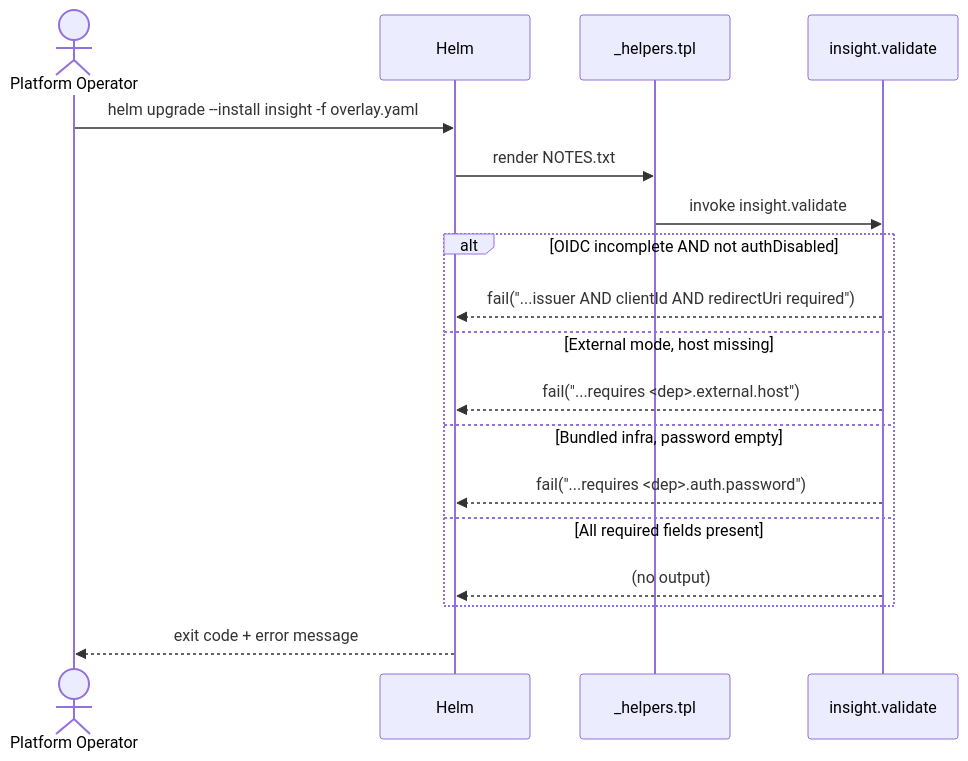
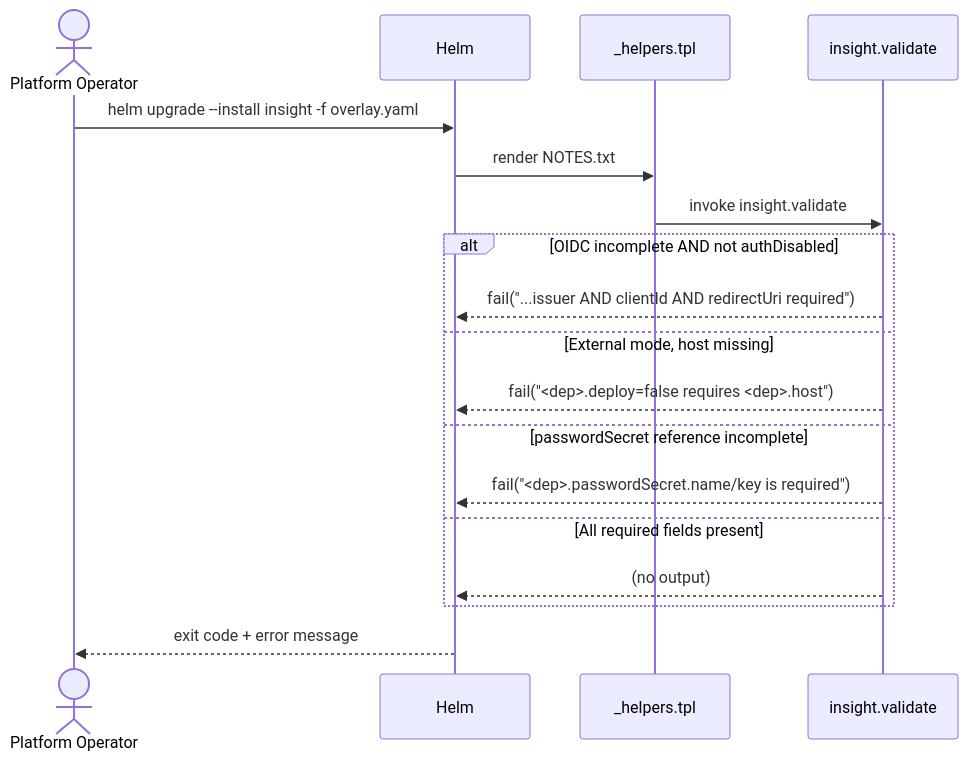
One commit to mitasovr/insight-spec changed the third of 5 diagrams in docs/components/deployment/specs/DESIGN.md. Above: the diagram before and after it, drawn with Mermaid. The commit also changed other lines of this file and 2 other files, not shown here.

````diff
--- a/docs/components/deployment/specs/DESIGN.md
+++ b/docs/components/deployment/specs/DESIGN.md
@@ -628,21 +629,21 @@
 ```mermaid
 sequenceDiagram
     actor Op as Platform Operator
     participant Helm as Helm
     participant Helpers as _helpers.tpl
     participant Validate as insight.validate
 
     Op->>Helm: helm upgrade --install insight -f overlay.yaml
     Helm->>Helpers: render NOTES.txt
     Helpers->>Validate: invoke insight.validate
     alt OIDC incomplete AND not authDisabled
         Validate-->>Helm: fail("...issuer AND clientId AND redirectUri required")
     else External mode, host missing
-        Validate-->>Helm: fail("...requires <dep>.external.host")
-    else Bundled infra, password empty
-        Validate-->>Helm: fail("...requires <dep>.auth.password")
+        Validate-->>Helm: fail("<dep>.deploy=false requires <dep>.host")
+    else passwordSecret reference incomplete
+        Validate-->>Helm: fail("<dep>.passwordSecret.name/key is required")
     else All required fields present
         Validate-->>Helm: (no output)
     end
     Helm-->>Op: exit code + error message
 ```
````
